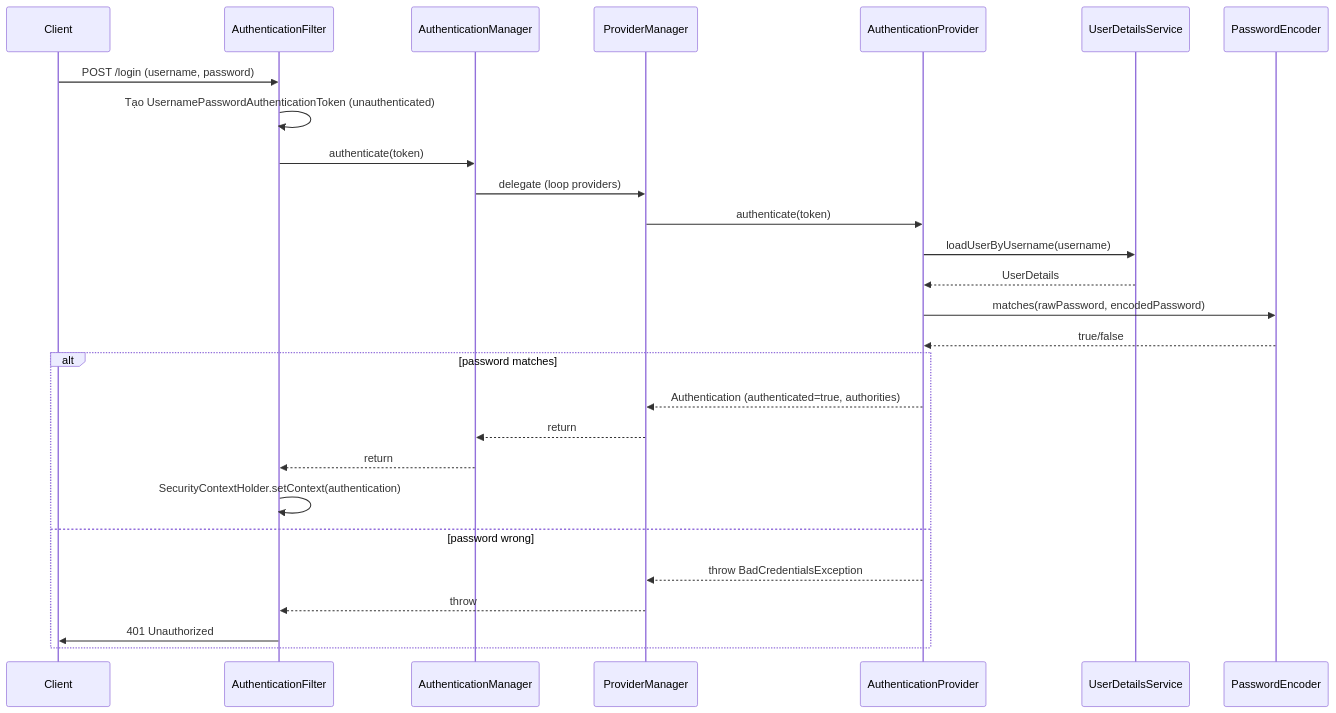
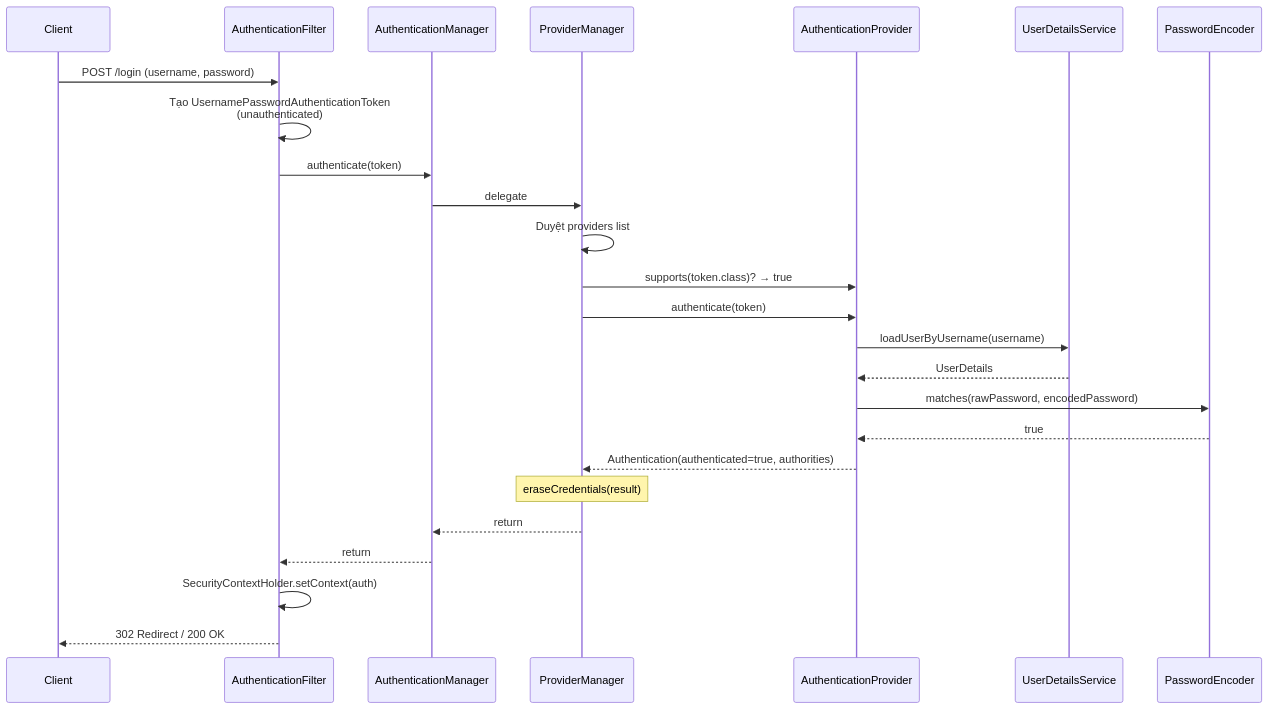
Before and after one commit to vanhiep99w/java-learn: the first of 5 diagrams in content/docs/spring/spring-security.md, drawn with Mermaid. The commit also changed other lines of this file, not shown here.

````diff
--- a/content/docs/spring/spring-security.md
+++ b/content/docs/spring/spring-security.md
@@ -132,30 +314,28 @@
 ```mermaid
 sequenceDiagram
     participant C as Client
     participant F as AuthenticationFilter
     participant AM as AuthenticationManager
     participant PM as ProviderManager
     participant AP as AuthenticationProvider
     participant UDS as UserDetailsService
     participant PE as PasswordEncoder
 
     C->>F: POST /login (username, password)
-    F->>F: Tạo UsernamePasswordAuthenticationToken (unauthenticated)
+    F->>F: Tạo UsernamePasswordAuthenticationToken<br/>(unauthenticated)
     F->>AM: authenticate(token)
-    AM->>PM: delegate (loop providers)
+    AM->>PM: delegate
+    PM->>PM: Duyệt providers list
+    PM->>AP: supports(token.class)? → true
     PM->>AP: authenticate(token)
     AP->>UDS: loadUserByUsername(username)
     UDS-->>AP: UserDetails
     AP->>PE: matches(rawPassword, encodedPassword)
-    PE-->>AP: true/false
-    alt password matches
-        AP-->>PM: Authentication (authenticated=true, authorities)
-        PM-->>AM: return
-        AM-->>F: return
-        F->>F: SecurityContextHolder.setContext(authentication)
-    else password wrong
-        AP-->>PM: throw BadCredentialsException
-        PM-->>F: throw
-        F->>C: 401 Unauthorized
-    end
+    PE-->>AP: true
+    AP-->>PM: Authentication(authenticated=true, authorities)
+    Note over PM: eraseCredentials(result)
+    PM-->>AM: return
+    AM-->>F: return
+    F->>F: SecurityContextHolder.setContext(auth)
+    F-->>C: 302 Redirect / 200 OK
 ```
````
